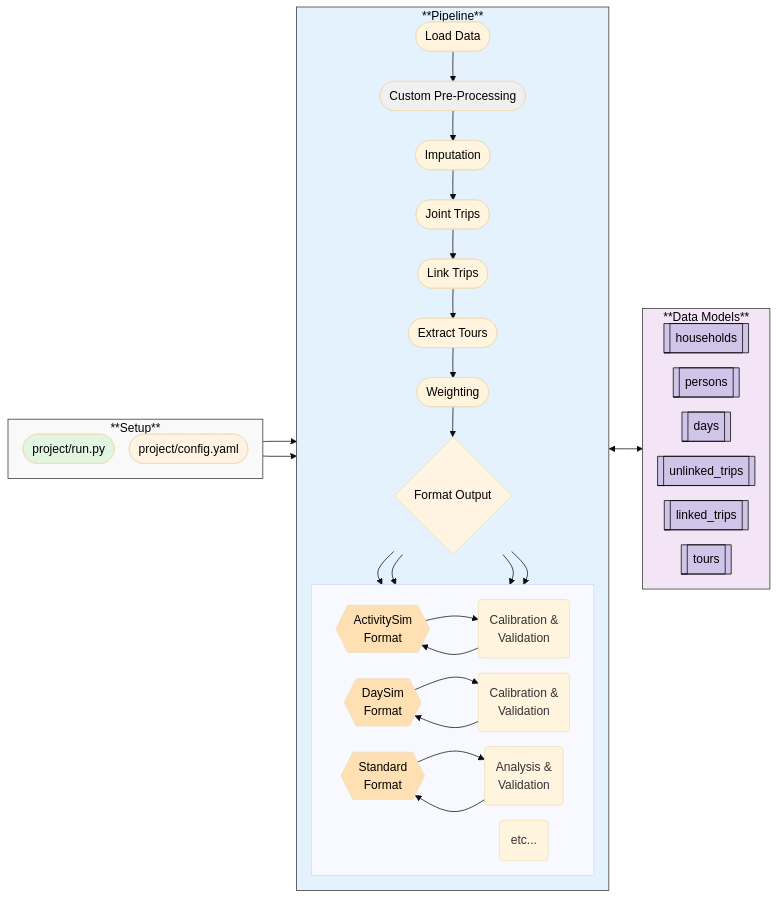
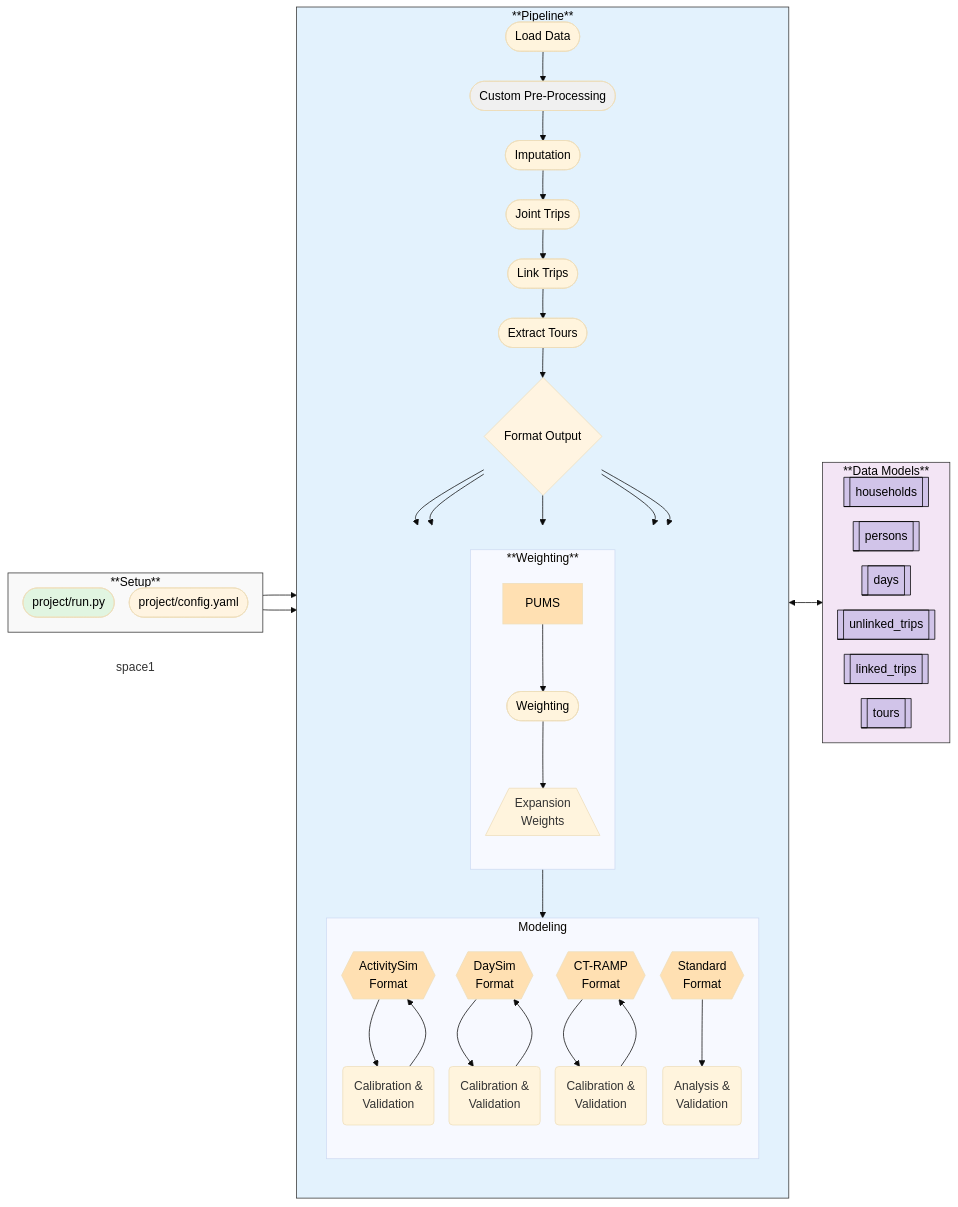
The diagram in README.md (BayAreaMetro/travel-diary-survey-tools), drawn with Mermaid (base theme) before and after one commit. The commit also changed other lines of this file, not shown here.

Commit message:
update to pipeline graph

````diff
--- a/README.md
+++ b/README.md
@@ -89,25 +89,42 @@
   Imputation --> JointTrips([Joint Trips])
   JointTrips --> LinkTrips([Link Trips])
   LinkTrips --> ExtractTours([Extract Tours])
-  ExtractTours --> Weighting([Weighting])
-  Weighting --> Format{Format Output}
+  ExtractTours --> Format{Format Output}
 
+  Format --> PUMS
   Format --> ActivitySim --> CnV1 --> ActivitySim
   Format --> DaySim --> CnV2 --> DaySim
-  Format --> Analysis --> CnV3 --> Analysis
-  Format --> Etc["... Other Formats ..."]
+  Format --> CTRAMP --> CnV3 --> CTRAMP
+  Format --> Standard --> CnV4
 
   subgraph Output[" "]
-    direction LR
+    direction TB
+    WeightingPipeline --> Modeling
+  end
+
+  subgraph WeightingPipeline[**Weighting**]
+    direction TB
+    PUMS --> Weighting([Weighting]) --> Weights
+    Weighting([Weighting])
+    Weights[/"Expansion<br>Weights"\]
+  end
+
+  subgraph Modeling["Modeling"]
+    direction TB
+
     ActivitySim{{ActivitySim<br>Format}}
+    CnV1("Calibration &<br>Validation")
+
     DaySim{{DaySim<br>Format}}
-    Analysis{{Standard<br>Format}}
-    Etc{{Other<br>Formats}}
+    CnV2("Calibration &<br>Validation")
 
-    CnV1("Calibration &<br>Validation")
-    CnV2("Calibration &<br>Validation")
-    CnV3("Analysis &<br>Validation")
-    Etc("etc...")
+    CTRAMP{{CT-RAMP<br>Format}}
+    CnV3("Calibration &<br>Validation")
+
+    Standard{{Standard<br>Format}}
+    CnV4("Analysis &<br>Validation")
+
+    style space1 fill:none,stroke:none
   end
 end
 
@@ -123,13 +140,14 @@
   Tours[["tours"]]
 end
 
-
 style Setup fill:#f9f9f9,stroke:#333,stroke-width:1px,color:#000
 style RunPy fill:#e1f5e1,color:#000
 style ConfigYAML fill:#fff4e1,color:#000
 style Pipeline fill:#e3f2fd,stroke:#333,stroke-width:1px,color:#000
 style DataModels fill:#f3e5f5,stroke:#333,stroke-width:1px,color:#000
 style Format fill:#fff4e1,color:#000
+
+style Output fill:none,stroke:#333,stroke-width:0px,color:#000
 
 style LoadData color:#000
 style CustomPre fill:#f0f0f0,color:#000
@@ -149,5 +167,7 @@
 
 style ActivitySim fill:#ffe0b2,color:#000
 style DaySim fill:#ffe0b2,color:#000
-style Analysis fill:#ffe0b2,color:#000
+style CTRAMP fill:#ffe0b2,color:#000
+style Standard fill:#ffe0b2,color:#000
+style PUMS fill:#ffe0b2,color:#000
 ```
````
